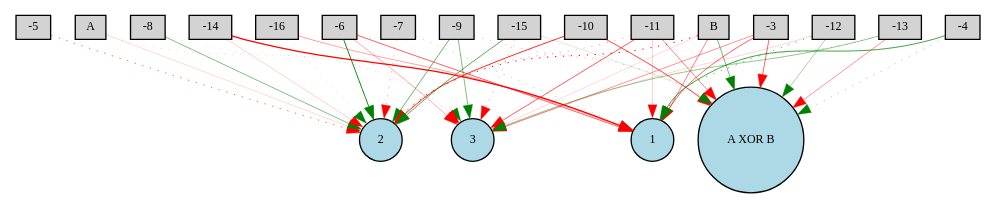
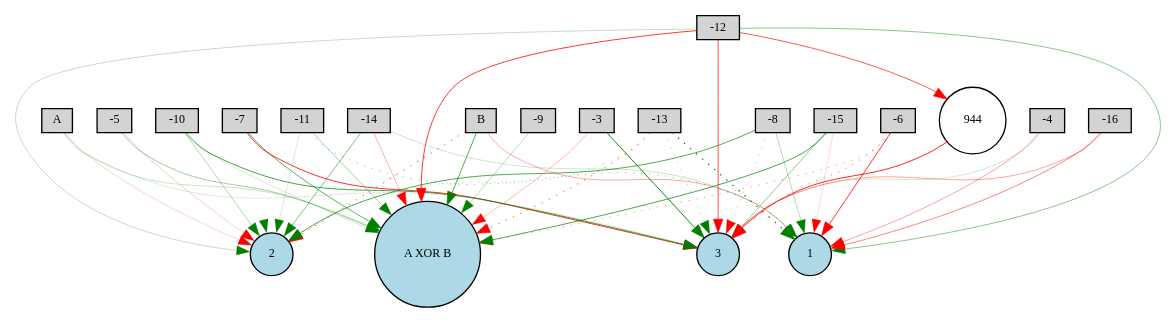
The diagram in Digraph.gv (bmfelipe/2048AI), drawn with Graphviz before and after one commit. The commit also changed 5 other files, not shown here.

```diff
--- a/Digraph.gv
+++ b/Digraph.gv
@@ -1,66 +1,71 @@
 digraph {
 	node [fontsize=9 height=0.2 shape=circle width=0.2]
 	A [fillcolor=lightgray shape=box style=filled]
 	B [fillcolor=lightgray shape=box style=filled]
 	-3 [fillcolor=lightgray shape=box style=filled]
 	-4 [fillcolor=lightgray shape=box style=filled]
 	-5 [fillcolor=lightgray shape=box style=filled]
 	-6 [fillcolor=lightgray shape=box style=filled]
 	-7 [fillcolor=lightgray shape=box style=filled]
 	-8 [fillcolor=lightgray shape=box style=filled]
 	-9 [fillcolor=lightgray shape=box style=filled]
 	-10 [fillcolor=lightgray shape=box style=filled]
 	-11 [fillcolor=lightgray shape=box style=filled]
 	-12 [fillcolor=lightgray shape=box style=filled]
 	-13 [fillcolor=lightgray shape=box style=filled]
 	-14 [fillcolor=lightgray shape=box style=filled]
 	-15 [fillcolor=lightgray shape=box style=filled]
 	-16 [fillcolor=lightgray shape=box style=filled]
 	"A XOR B" [fillcolor=lightblue style=filled]
 	1 [fillcolor=lightblue style=filled]
 	2 [fillcolor=lightblue style=filled]
 	3 [fillcolor=lightblue style=filled]
-	A -> 2 [color=red penwidth=0.12114809085517744 style=solid]
-	A -> 3 [color=red penwidth=0.1261785295112017 style=dotted]
-	B -> "A XOR B" [color=green penwidth=0.4097341184600497 style=solid]
-	B -> 1 [color=red penwidth=0.37964900718298655 style=solid]
-	B -> 2 [color=red penwidth=0.7399117020101688 style=dotted]
-	B -> 3 [color=red penwidth=0.1188917418109698 style=solid]
-	-3 -> "A XOR B" [color=red penwidth=0.458542459037269 style=solid]
-	-3 -> 1 [color=red penwidth=0.4848260762033041 style=solid]
-	-3 -> 3 [color=red penwidth=0.33468730704104954 style=solid]
-	-4 -> "A XOR B" [color=green penwidth=0.26139780343263735 style=dotted]
-	-4 -> 1 [color=green penwidth=0.5521479653692788 style=solid]
-	-5 -> 2 [color=red penwidth=0.4558672189693479 style=dotted]
-	-6 -> 1 [color=red penwidth=0.4651808924851678 style=solid]
-	-6 -> 2 [color=green penwidth=0.6914625805248787 style=solid]
-	-6 -> 3 [color=red penwidth=0.2634204646860508 style=solid]
-	-7 -> 1 [color=green penwidth=0.21535577579819037 style=dotted]
-	-7 -> 2 [color=red penwidth=0.2270787848149072 style=dotted]
-	-7 -> 3 [color=green penwidth=0.10676240361803506 style=dotted]
-	-8 -> 2 [color=green penwidth=0.37535389375989037 style=solid]
-	-8 -> 3 [color=red penwidth=0.10681137570307196 style=dotted]
-	-9 -> "A XOR B" [color=red penwidth=0.2007182179719596 style=dotted]
-	-9 -> 2 [color=green penwidth=0.45136079614026126 style=solid]
-	-9 -> 3 [color=green penwidth=0.38071533094423937 style=solid]
-	-10 -> "A XOR B" [color=red penwidth=0.5451988902134369 style=solid]
-	-10 -> 2 [color=red penwidth=0.6395134072833997 style=solid]
-	-11 -> "A XOR B" [color=red penwidth=0.3799655958348599 style=solid]
-	-11 -> 1 [color=red penwidth=0.15013099683401618 style=solid]
-	-11 -> 2 [color=red penwidth=0.24881785887328303 style=dotted]
-	-11 -> 3 [color=red penwidth=0.48725716804462227 style=solid]
-	-12 -> "A XOR B" [color=green penwidth=0.2671129292785249 style=solid]
-	-12 -> 1 [color=green penwidth=0.43797179262131847 style=dotted]
-	-12 -> 3 [color=red penwidth=0.13411239884272957 style=solid]
-	-13 -> "A XOR B" [color=red penwidth=0.32807450821184303 style=solid]
-	-13 -> 1 [color=green penwidth=0.1831445202882372 style=dotted]
-	-13 -> 3 [color=green penwidth=0.3310496255582203 style=solid]
-	-14 -> 1 [color=red penwidth=0.9544208000670986 style=solid]
-	-14 -> 2 [color=red penwidth=0.13564775718899091 style=solid]
-	-15 -> "A XOR B" [color=green penwidth=0.10678876404844628 style=solid]
-	-15 -> 2 [color=green penwidth=0.49378337885244017 style=solid]
-	-15 -> 3 [color=red penwidth=0.2504947684469283 style=dotted]
-	-16 -> 1 [color=red penwidth=0.26613565522985405 style=solid]
-	-16 -> 2 [color=green penwidth=0.12520759665169867 style=dotted]
-	-16 -> 3 [color=red penwidth=0.10434633296311296 style=dotted]
+	944 [fillcolor=white style=filled]
+	A -> "A XOR B" [color=green penwidth=0.1639337136706937 style=solid]
+	A -> 2 [color=red penwidth=0.14122679429629853 style=solid]
+	A -> 3 [color=green penwidth=0.11116248276747565 style=solid]
+	B -> "A XOR B" [color=green penwidth=0.5212693313723435 style=solid]
+	B -> 1 [color=red penwidth=0.2640267969658522 style=solid]
+	B -> 2 [color=red penwidth=0.583480601362157 style=dotted]
+	-3 -> "A XOR B" [color=red penwidth=0.21072432756284992 style=solid]
+	-3 -> 3 [color=green penwidth=0.7006010893536925 style=solid]
+	-4 -> 1 [color=red penwidth=0.2816164164918531 style=solid]
+	-4 -> 3 [color=green penwidth=0.13877497508605877 style=solid]
+	-5 -> "A XOR B" [color=green penwidth=0.28104305942852137 style=solid]
+	-5 -> 2 [color=red penwidth=0.16023747112712822 style=solid]
+	-5 -> 3 [color=red penwidth=0.10553557452845211 style=dotted]
+	-6 -> "A XOR B" [color=red penwidth=0.30751602327455996 style=dotted]
+	-6 -> 1 [color=red penwidth=0.5969883773419449 style=solid]
+	-6 -> 3 [color=red penwidth=0.411155835479206 style=dotted]
+	-7 -> "A XOR B" [color=green penwidth=0.4561582623829301 style=solid]
+	-7 -> 2 [color=green penwidth=0.11908285602806153 style=dotted]
+	-7 -> 3 [color=red penwidth=0.6052180806658712 style=solid]
+	-8 -> 1 [color=green penwidth=0.22670080425773634 style=solid]
+	-8 -> 2 [color=green penwidth=0.5100071398397212 style=solid]
+	-8 -> 3 [color=red penwidth=0.22140970957320374 style=dotted]
+	-9 -> "A XOR B" [color=green penwidth=0.2121966653756501 style=solid]
+	-10 -> "A XOR B" [color=green penwidth=0.12823469561588471 style=solid]
+	-10 -> 2 [color=green penwidth=0.22819245910720673 style=solid]
+	-10 -> 3 [color=green penwidth=0.5433696834264411 style=solid]
+	-11 -> "A XOR B" [color=green penwidth=0.26504841708061233 style=solid]
+	-11 -> 1 [color=green penwidth=0.33845307898903015 style=dotted]
+	-12 -> 1 [color=green penwidth=0.33566635308076453 style=solid]
+	-12 -> 2 [color=green penwidth=0.19312411802968005 style=solid]
+	-12 -> 3 [color=red penwidth=0.5272011229821539 style=solid]
+	-13 -> "A XOR B" [color=red penwidth=0.5421281811134866 style=dotted]
+	-13 -> 1 [color=green penwidth=0.9159232502992377 style=dotted]
+	-13 -> 2 [color=green penwidth=0.22632109879409082 style=dotted]
+	-13 -> 3 [color=green penwidth=0.24974309088179053 style=dotted]
+	-14 -> "A XOR B" [color=red penwidth=0.23715900736522283 style=solid]
+	-14 -> 1 [color=green penwidth=0.16353086944849304 style=solid]
+	-14 -> 2 [color=green penwidth=0.368868084955031 style=solid]
+	-15 -> "A XOR B" [color=green penwidth=0.533520685581546 style=solid]
+	-15 -> 1 [color=red penwidth=0.11906602269959772 style=solid]
+	-15 -> 3 [color=green penwidth=0.3343367256559765 style=solid]
+	-16 -> 1 [color=red penwidth=0.3743266250248509 style=solid]
+	-16 -> 3 [color=red penwidth=0.28048757177803835 style=solid]
+	-12 -> "A XOR B" [color=red penwidth=0.5900595492405398 style=solid]
+	-12 -> 944 [color=red penwidth=0.4878414951058543 style=solid]
+	944 -> 3 [color=red penwidth=0.6361846632979459 style=solid]
+	-11 -> 2 [color=green penwidth=0.12282373898695527 style=solid]
 }
```
